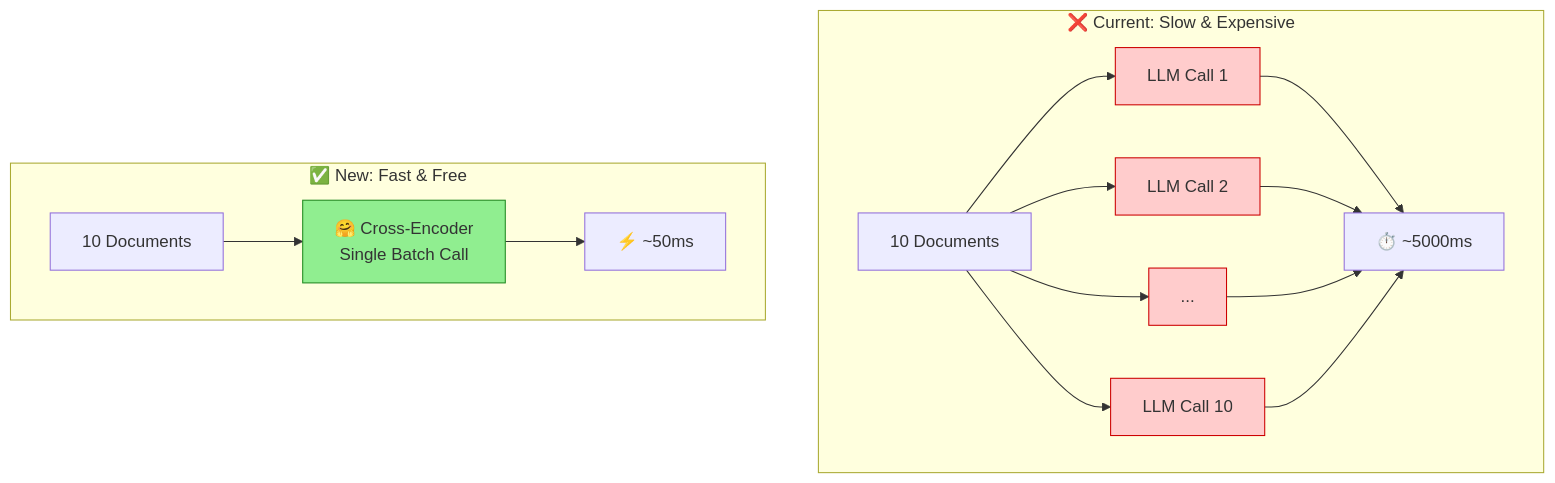
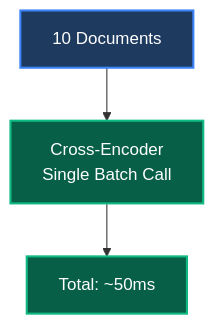
Before and after one commit to RaulJuliosIglesias/ai-powered_cv_screener: diagram 14 of 22 in docs/roadmap/RAG_V6.md, drawn with Mermaid. The commit also changed other lines of this file, not shown here.

````diff
--- a/docs/roadmap/RAG_V6.md
+++ b/docs/roadmap/RAG_V6.md
@@ -297,21 +334,9 @@
 ```mermaid
 flowchart TB
-    subgraph Current["❌ Current: Slow & Expensive"]
-        Docs1["10 Documents"] --> LLM1["LLM Call 1"]
-        Docs1 --> LLM2["LLM Call 2"]
-        Docs1 --> LLM3["..."]
-        Docs1 --> LLM10["LLM Call 10"]
-        LLM1 & LLM2 & LLM3 & LLM10 --> Time1["⏱️ ~5000ms"]
-    end
+    A[10 Documents] --> B[Cross-Encoder<br/>Single Batch Call]
+    B --> C[Total: ~50ms]
     
-    subgraph New["✅ New: Fast & Free"]
-        Docs2["10 Documents"] --> CrossEnc["🤗 Cross-Encoder<br/>Single Batch Call"]
-        CrossEnc --> Time2["⚡ ~50ms"]
-    end
-    
-    style LLM1 fill:#ffcccc,stroke:#cc0000
-    style LLM2 fill:#ffcccc,stroke:#cc0000
-    style LLM3 fill:#ffcccc,stroke:#cc0000
-    style LLM10 fill:#ffcccc,stroke:#cc0000
-    style CrossEnc fill:#90EE90,stroke:#228B22
+    style A fill:#1e3a5f,stroke:#3b82f6,stroke-width:2px,color:#ffffff
+    style B fill:#065f46,stroke:#10b981,stroke-width:2px,color:#ffffff
+    style C fill:#065f46,stroke:#10b981,stroke-width:2px,color:#ffffff
 ```
````
